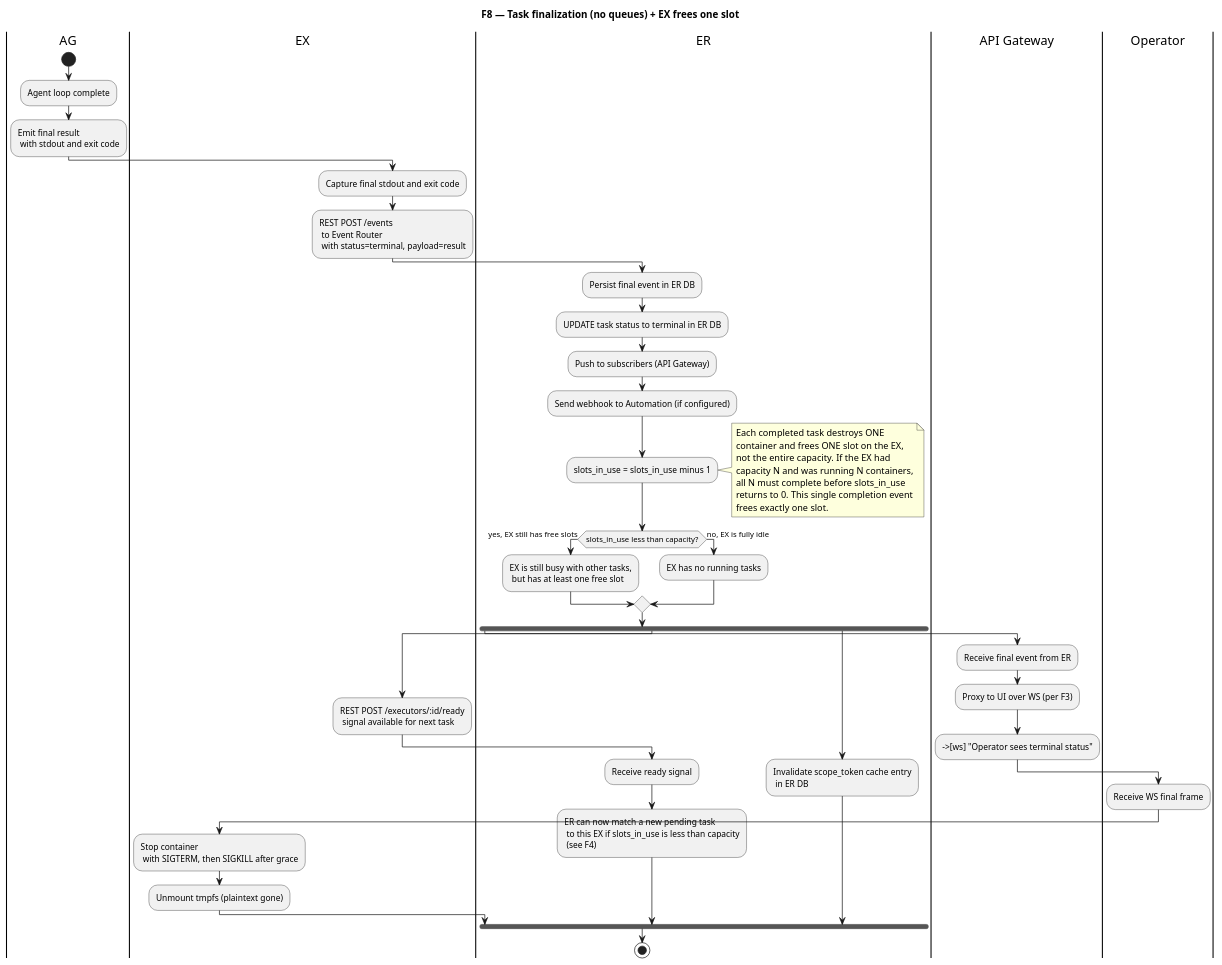
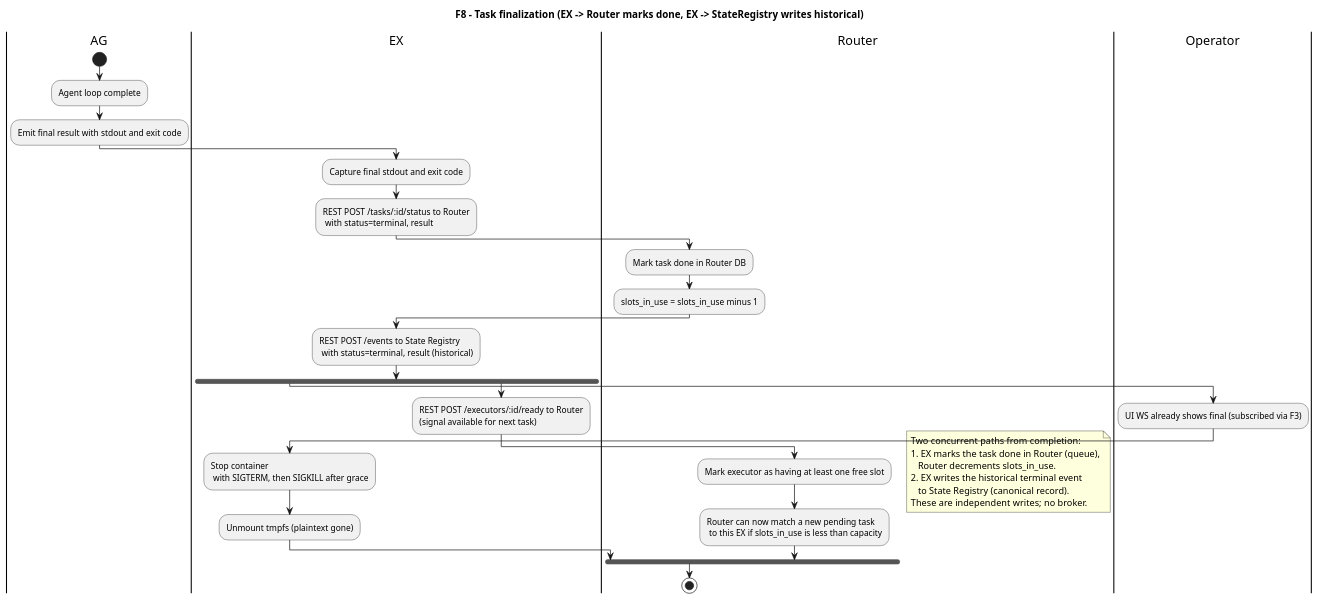
The diagram in docs/architecture/diagrams/f8-task-finalization.puml (pandops/flowai), drawn with PlantUML before and after one commit. The commit also changed 4 other files, not shown here.

First line of the commit message:
docs(architecture): update execution flow diagrams

```diff
--- a/docs/architecture/diagrams/f8-task-finalization.puml
+++ b/docs/architecture/diagrams/f8-task-finalization.puml
@@ -1,73 +1,56 @@
 @startuml f8-task-finalization
-title F8 — Task finalization (no queues) + EX frees one slot
+title F8 - Task finalization (EX -> Router marks done, EX -> StateRegistry writes historical)
 
 |AG|
 start
 :Agent loop complete;
-:Emit final result
- with stdout and exit code;
+:Emit final result with stdout and exit code;
 
 |EX|
 :Capture final stdout and exit code;
-:REST POST /events
- to Event Router
- with status=terminal, payload=result;
 
-|ER|
-:Persist final event in ER DB;
-:UPDATE task status to terminal in ER DB;
-:Push to subscribers (API Gateway);
-:Send webhook to Automation (if configured);
+|EX|
+:REST POST /tasks/:id/status to Router
+ with status=terminal, result;
+
+|Router|
+:Mark task done in Router DB;
 :slots_in_use = slots_in_use minus 1;
 
-note right
-  Each completed task destroys ONE
-  container and frees ONE slot on the EX,
-  not the entire capacity. If the EX had
-  capacity N and was running N containers,
-  all N must complete before slots_in_use
-  returns to 0. This single completion event
-  frees exactly one slot.
-end note
-
-if (slots_in_use less than capacity?) then (yes, EX still has free slots)
-  :EX is still busy with other tasks,
-   but has at least one free slot;
-else (no, EX is fully idle)
-  :EX has no running tasks;
-endif
+|EX|
+:REST POST /events to State Registry
+ with status=terminal, result (historical);
 
 fork
-  |API Gateway|
-  :Receive final event from ER;
-  :Proxy to UI over WS (per F3);
-  -->[ws] "Operator sees terminal status"
-
   |Operator|
-  :Receive WS final frame;
+  :UI WS already shows final (subscribed via F3);
 
   |EX|
   :Stop container
    with SIGTERM, then SIGKILL after grace;
   :Unmount tmpfs (plaintext gone);
 
 fork again
   |EX|
-  :REST POST /executors/:id/ready
-   signal available for next task;
+  :REST POST /executors/:id/ready to Router
+ (signal available for next task);
 
-  |ER|
-  :Receive ready signal;
-  :ER can now match a new pending task
-   to this EX if slots_in_use is less than capacity
-   (see F4);
+  |Router|
+:Mark executor as having at least one free slot;
+:Router can now match a new pending task
+ to this EX if slots_in_use is less than capacity;
 
-fork again
-  |ER|
-  :Invalidate scope_token cache entry
-   in ER DB;
 end fork
+
+note right
+  Two concurrent paths from completion:
+  1. EX marks the task done in Router (queue),
+     Router decrements slots_in_use.
+  2. EX writes the historical terminal event
+     to State Registry (canonical record).
+  These are independent writes; no broker.
+end note
 
 stop
 
 @enduml
```
